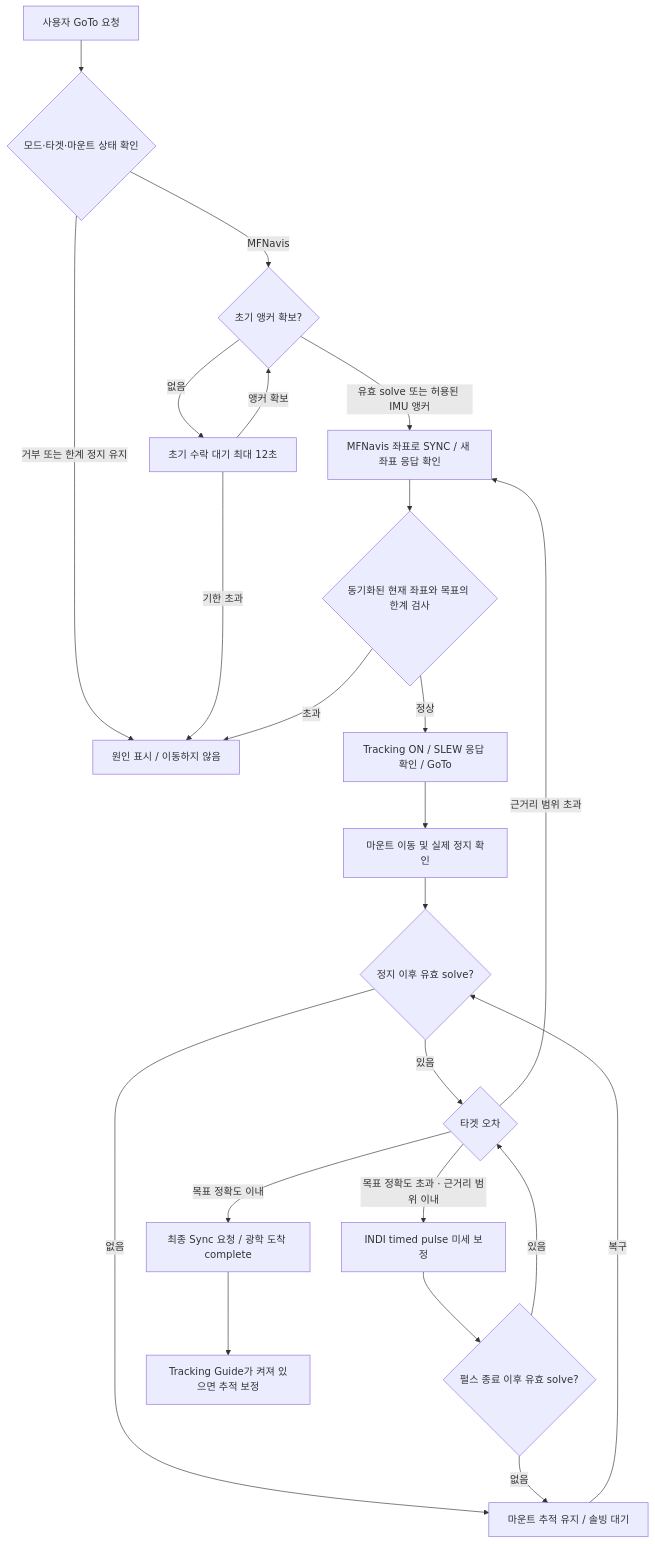
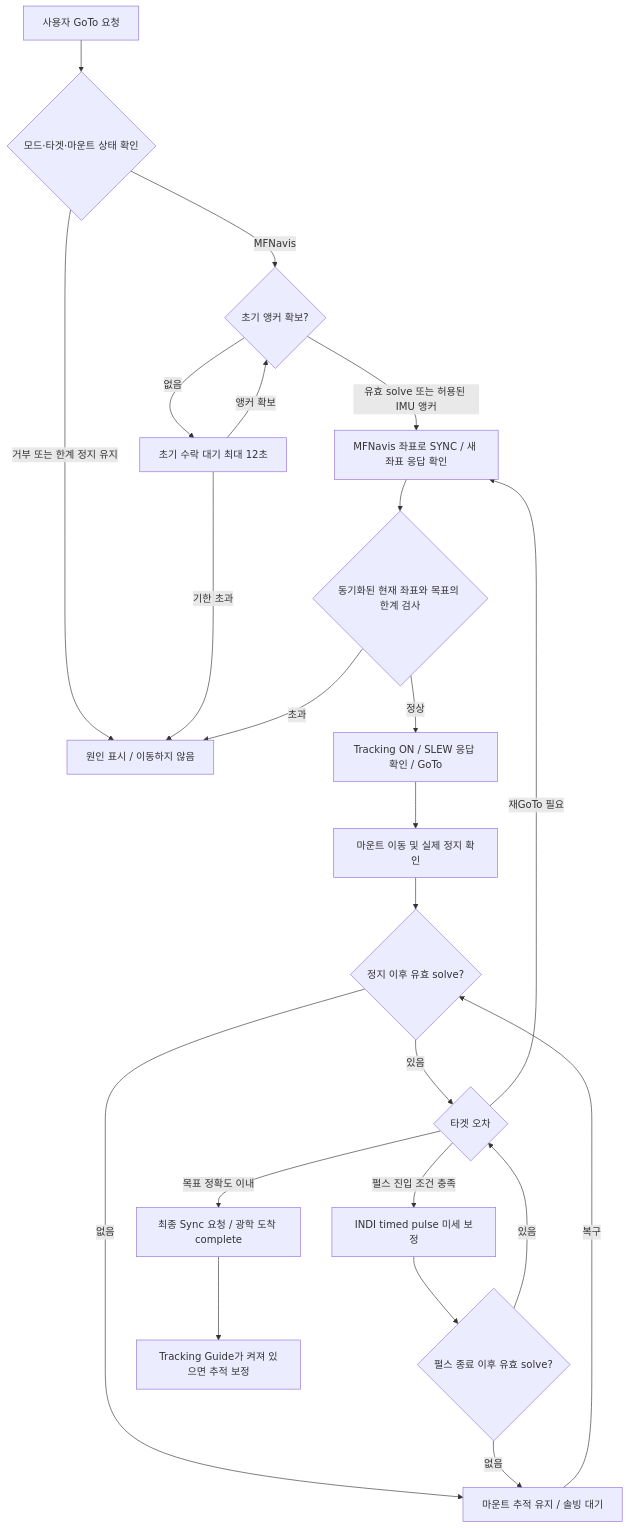
Before and after one commit to hjoungjoo/MFNavis: the first of 3 diagrams in docs/mf_dev/mount_control_ko.md, drawn with Mermaid. The commit also changed other lines of this file and 28 other files, not shown here.

````diff
--- a/docs/mf_dev/mount_control_ko.md
+++ b/docs/mf_dev/mount_control_ko.md
@@ -52,25 +52,25 @@
 ```mermaid
 flowchart TD
     A[사용자 GoTo 요청] --> B{모드·타겟·마운트 상태 확인}
     B -->|거부 또는 한계 정지 유지| R[원인 표시 / 이동하지 않음]
     B -->|MFNavis| C{초기 앵커 확보?}
     C -->|유효 solve 또는 허용된 IMU 앵커| D[MFNavis 좌표로 SYNC / 새 좌표 응답 확인]
     C -->|없음| I[초기 수락 대기 최대 12초]
     I -->|앵커 확보| C
     I -->|기한 초과| R
     D --> L{동기화된 현재 좌표와 목표의 한계 검사}
     L -->|초과| R
     L -->|정상| N[Tracking ON / SLEW 응답 확인 / GoTo]
     N --> E[마운트 이동 및 실제 정지 확인]
     E --> F{정지 이후 유효 solve?}
     F -->|없음| W[마운트 추적 유지 / 솔빙 대기]
     W -->|복구| F
     F -->|있음| G{타겟 오차}
     G -->|목표 정확도 이내| H[최종 Sync 요청 / 광학 도착 complete]
-    G -->|목표 정확도 초과 · 근거리 범위 이내| P[INDI timed pulse 미세 보정]
-    G -->|근거리 범위 초과| D
+    G -->|펄스 진입 조건 충족| P[INDI timed pulse 미세 보정]
+    G -->|재GoTo 필요| D
     P --> Q{펄스 종료 이후 유효 solve?}
     Q -->|없음| W
     Q -->|있음| G
     H --> T[Tracking Guide가 켜져 있으면 추적 보정]
 ```
````
